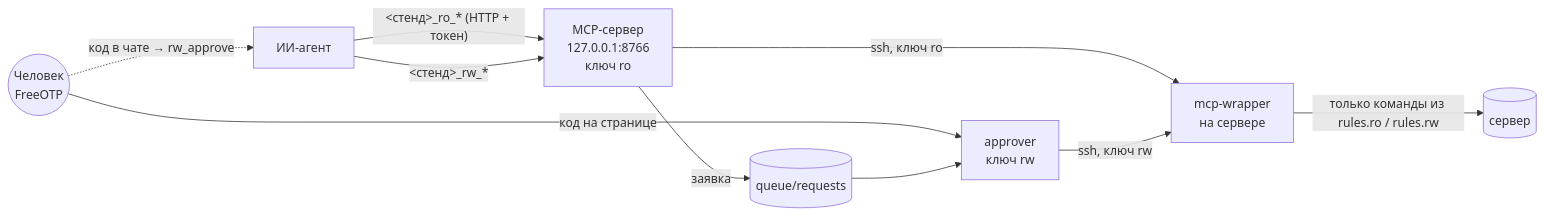
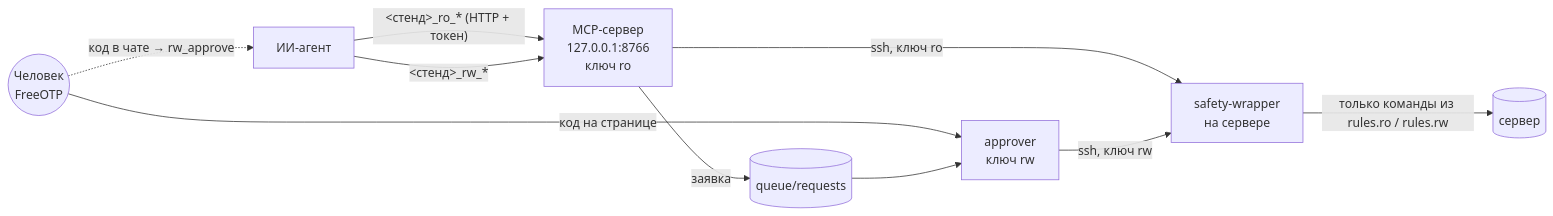
One commit to trollimo/safety-mcp-server changed the first of 2 diagrams in README.md. Above: the diagram before and after it, drawn with Mermaid. The commit also changed other lines of this file and 18 other files, not shown here.

First line of the commit message:
Nothing named mcp on servers: ~/safety-support, safety_* keys

````diff
--- a/README.md
+++ b/README.md
@@ -58,12 +58,12 @@
 ```mermaid
 flowchart LR
     A[ИИ-агент] -- "&lt;стенд&gt;_ro_* (HTTP + токен)" --> M[MCP-сервер<br/>127.0.0.1:8766<br/>ключ ro]
     A -- "&lt;стенд&gt;_rw_*" --> M
     M -- "ssh, ключ ro" --> W
     M -- "заявка" --> Q[(queue/requests)]
     H((Человек<br/>FreeOTP)) -- "код на странице" --> P[approver<br/>ключ rw]
     H -. "код в чате → rw_approve" .-> A
     Q --> P
-    P -- "ssh, ключ rw" --> W[mcp-wrapper<br/>на сервере]
+    P -- "ssh, ключ rw" --> W[safety-wrapper<br/>на сервере]
     W -- "только команды из rules.ro / rules.rw" --> S[(сервер)]
 ```
````
